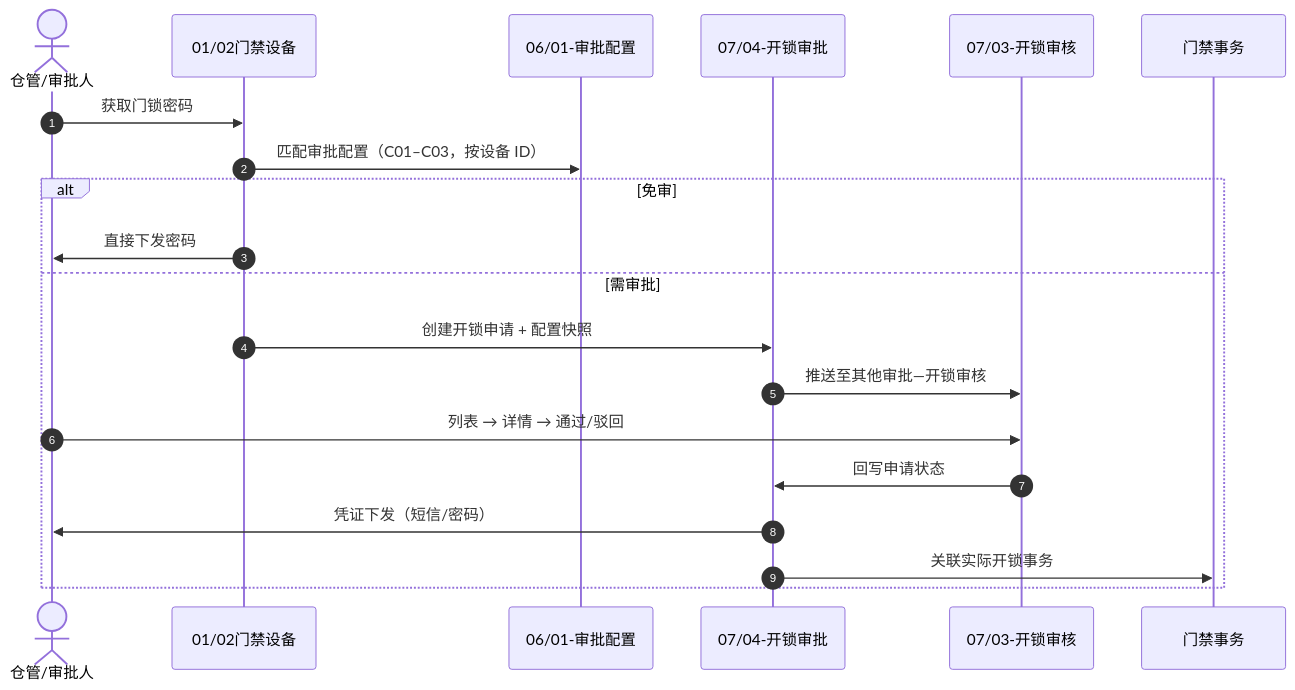
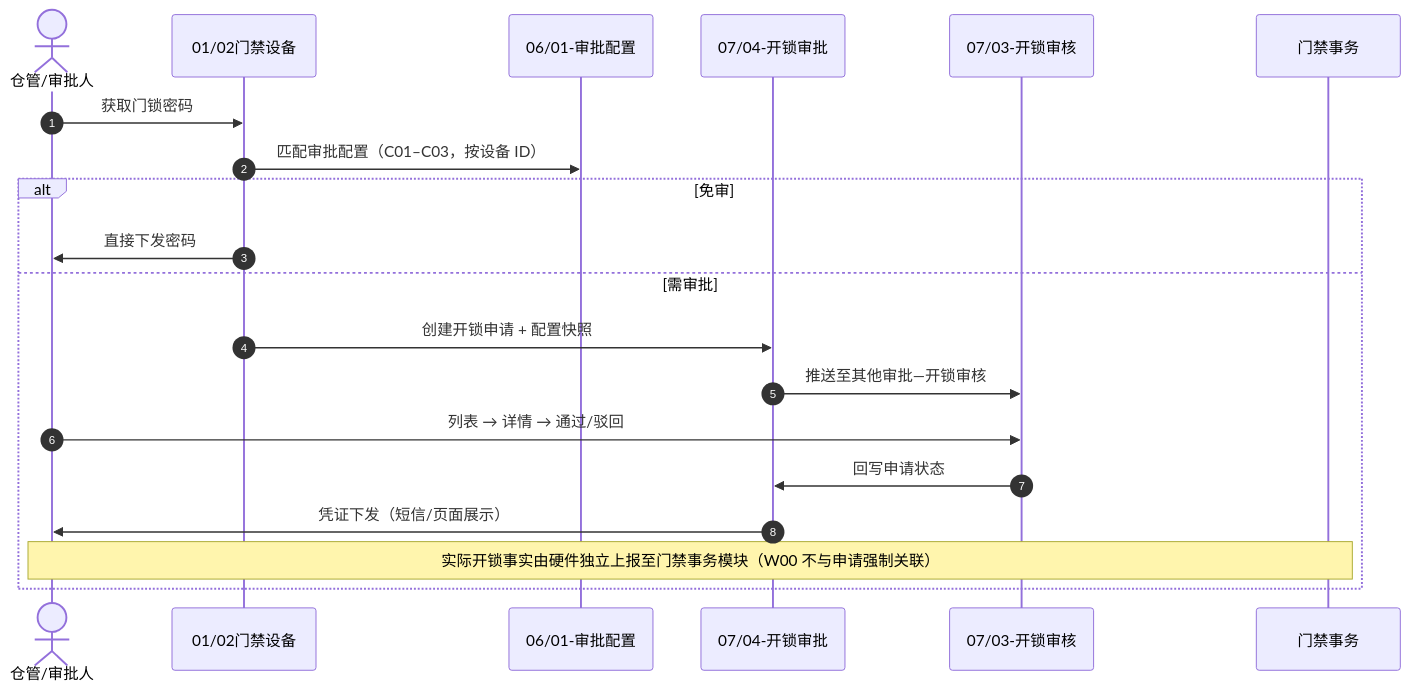
One commit to RobertHuang999/SYZC changed the diagram in 02-PRD文档/B-迭代需求/6.2版本（2026.08）/06-门禁开锁审批/门禁开锁审批总索引.md. Above: the diagram before and after it, drawn with Mermaid. The commit also changed 17 other files, not shown here.

````diff
--- a/02-PRD文档/B-迭代需求/6.2版本（2026.08）/06-门禁开锁审批/门禁开锁审批总索引.md
+++ b/02-PRD文档/B-迭代需求/6.2版本（2026.08）/06-门禁开锁审批/门禁开锁审批总索引.md
@@ -76,23 +76,23 @@
 ```mermaid
 sequenceDiagram
     autonumber
     actor U as 仓管/审批人
     participant IOT as 01/02门禁设备
     participant C06 as 06/01-审批配置
     participant ST as 07/04-开锁审批
     participant AUD as 07/03-开锁审核
     participant TX as 门禁事务
 
     U->>IOT: 获取门锁密码
     IOT->>C06: 匹配审批配置（C01–C03，按设备 ID）
     alt 免审
         IOT->>U: 直接下发密码
     else 需审批
         IOT->>ST: 创建开锁申请 + 配置快照
         ST->>AUD: 推送至其他审批—开锁审核
         U->>AUD: 列表 → 详情 → 通过/驳回
         AUD->>ST: 回写申请状态
-        ST->>U: 凭证下发（短信/密码）
-        ST->>TX: 关联实际开锁事务
+        ST->>U: 凭证下发（短信/页面展示）
+        Note over U,TX: 实际开锁事实由硬件独立上报至门禁事务模块（W00 不与申请强制关联）
     end
 ```
````
